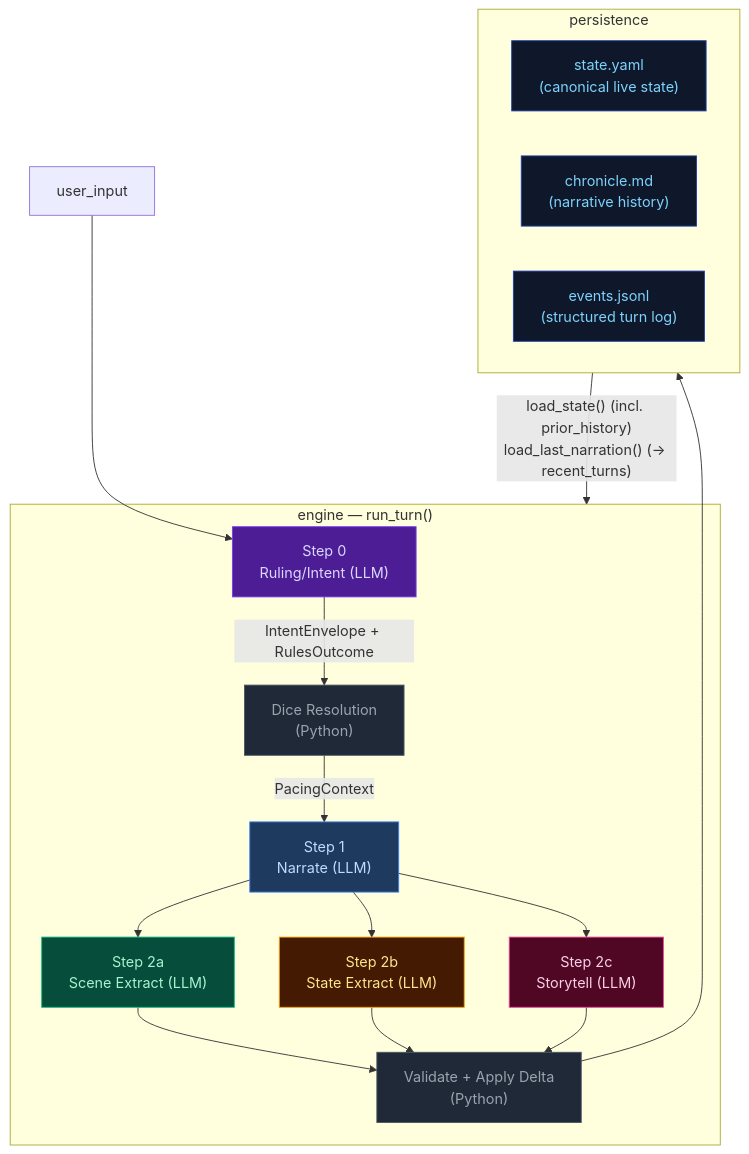
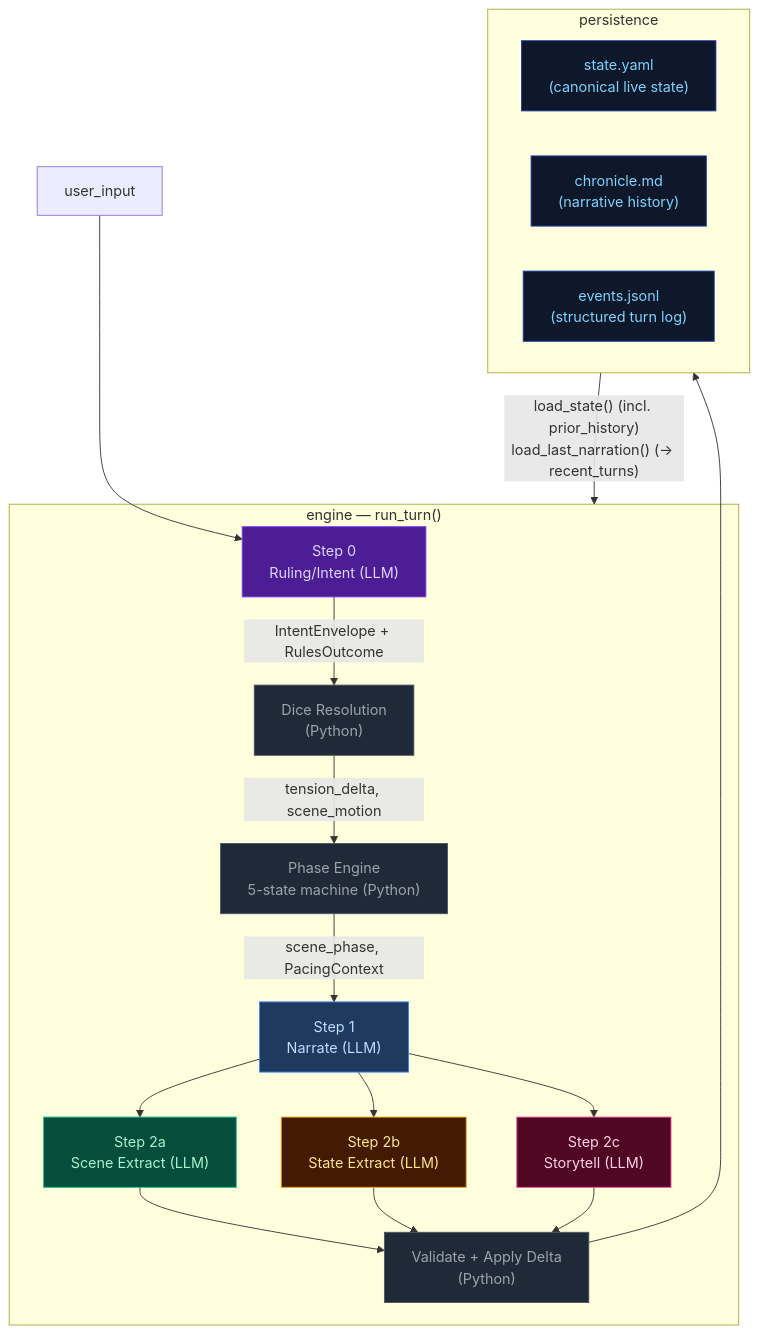
The diagram in docs/architecture/OVERVIEW.md (pww217/fablethread), drawn with Mermaid before and after one commit. The commit also changed other lines of this file and 14 other files, not shown here.

First line of the commit message:
prompt-templates: replace directive→beat table with phase→beat constraints, remove gate rendering, surface scene_phase

````diff
--- a/docs/architecture/OVERVIEW.md
+++ b/docs/architecture/OVERVIEW.md
@@ -10,36 +10,38 @@
 ```mermaid
 flowchart TD
     classDef stageRules    fill:#4c1d95,color:#ddd6fe,stroke:#7c3aed
     classDef stageNarrate  fill:#1e3a5f,color:#bfdbfe,stroke:#3b82f6
     classDef stageScene    fill:#064e3b,color:#a7f3d0,stroke:#10b981
     classDef stageState    fill:#451a03,color:#fde68a,stroke:#f59e0b
     classDef stageProgress fill:#500724,color:#fbcfe8,stroke:#ec4899
     classDef storageNode   fill:#0f172a,color:#7dd3fc,stroke:#1e40af
     classDef pyNode        fill:#1f2937,color:#9ca3af,stroke:#4b5563
 
     USER["user_input"]
 
     subgraph ENGINE["engine — run_turn()"]
         STEP0["Step 0<br>Ruling/Intent (LLM)"]:::stageRules
         DICE["Dice Resolution<br>(Python)"]:::pyNode
+        PHASE["Phase Engine<br>5-state machine (Python)"]:::pyNode
         STEP1["Step 1<br>Narrate (LLM)"]:::stageNarrate
         STEP2A["Step 2a<br>Scene Extract (LLM)"]:::stageScene
         STEP2B["Step 2b<br>State Extract (LLM)"]:::stageState
         STEP2C["Step 2c<br>Storytell (LLM)"]:::stageProgress
         VALIDATE["Validate + Apply Delta<br>(Python)"]:::pyNode
     end
 
     subgraph PERSISTENCE["persistence"]
         STATE["state.yaml<br>(canonical live state)"]:::storageNode
         CHRONICLE["chronicle.md<br>(narrative history)"]:::storageNode
         EVENTS["events.jsonl<br>(structured turn log)"]:::storageNode
     end
 
     USER --> STEP0
     STEP0 -- "IntentEnvelope + RulesOutcome" --> DICE
-    DICE -- "PacingContext" --> STEP1
+    DICE -- "tension_delta, scene_motion" --> PHASE
+    PHASE -- "scene_phase, PacingContext" --> STEP1
     STEP1 --> STEP2A & STEP2B & STEP2C
     STEP2A & STEP2B & STEP2C --> VALIDATE
     VALIDATE --> PERSISTENCE
     PERSISTENCE -- "load_state() (incl. prior_history)<br>load_last_narration() (→ recent_turns)" --> ENGINE
 ```
````
